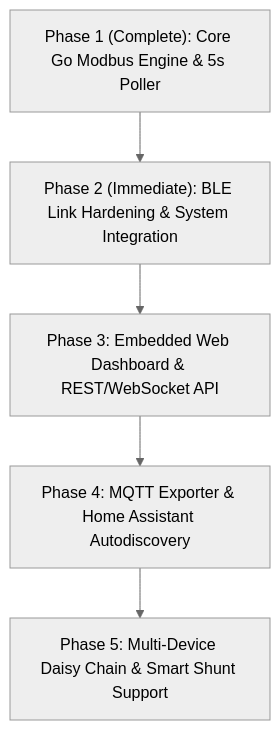
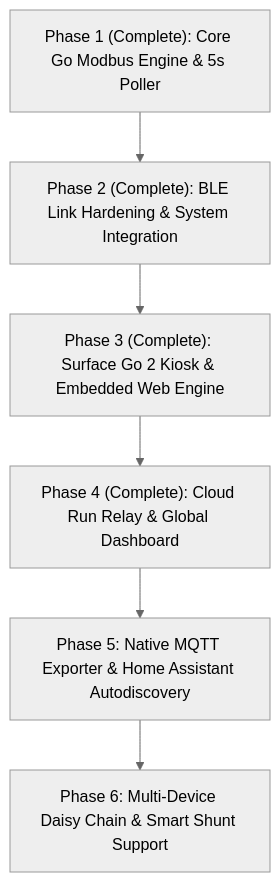
Before and after one commit to fkcurrie/renology: the diagram in SOUL.md, drawn with Mermaid (neutral theme). The commit also changed other lines of this file and 1 other file, not shown here.

Commit message:
docs: document Cloud Run relay deployment and Surface Go 2 kiosk architecture in SOUL.md and GEMINI.md

````diff
--- a/SOUL.md
+++ b/SOUL.md
@@ -65,7 +81,8 @@
 ```mermaid
 flowchart TD
-    P1["Phase 1 (Complete): Core Go Modbus Engine & 5s Poller"] --> P2["Phase 2 (Immediate): BLE Link Hardening & System Integration"]
-    P2 --> P3["Phase 3: Embedded Web Dashboard & REST/WebSocket API"]
-    P3 --> P4["Phase 4: MQTT Exporter & Home Assistant Autodiscovery"]
-    P4 --> P5["Phase 5: Multi-Device Daisy Chain & Smart Shunt Support"]
+    P1["Phase 1 (Complete): Core Go Modbus Engine & 5s Poller"] --> P2["Phase 2 (Complete): BLE Link Hardening & System Integration"]
+    P2 --> P3["Phase 3 (Complete): Surface Go 2 Kiosk & Embedded Web Engine"]
+    P3 --> P4["Phase 4 (Complete): Cloud Run Relay & Global Dashboard"]
+    P4 --> P5["Phase 5: Native MQTT Exporter & Home Assistant Autodiscovery"]
+    P5 --> P6["Phase 6: Multi-Device Daisy Chain & Smart Shunt Support"]
 ```
````
